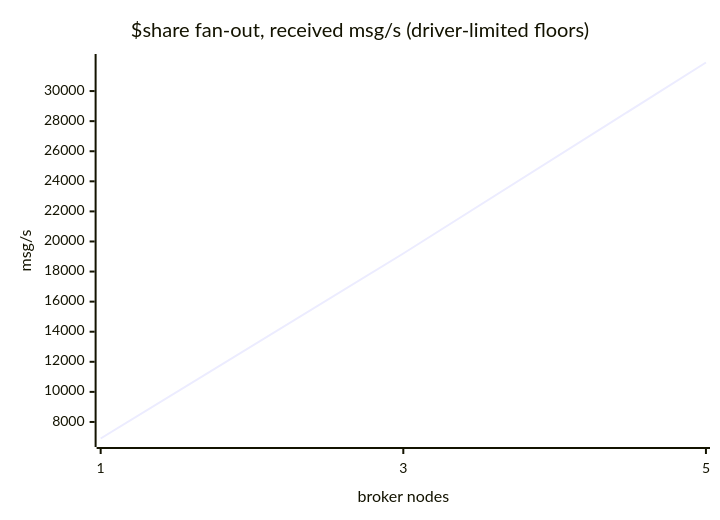
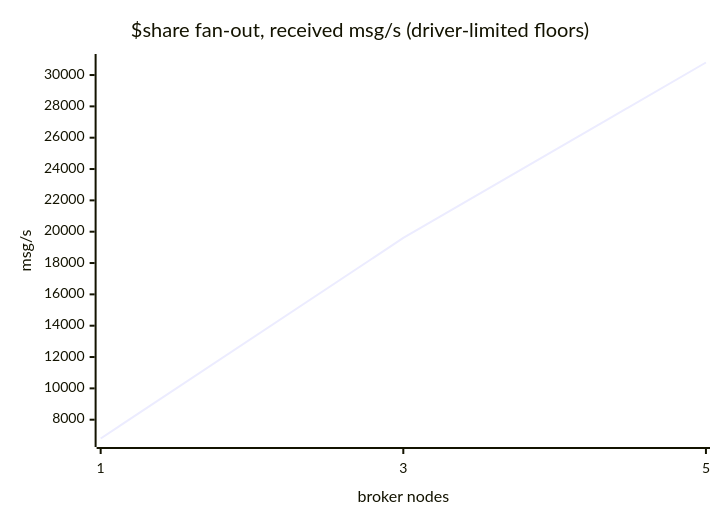
One commit to mbilling/fss-mqtt-broker changed the diagram in docs/benchmarks/SCALE-CURVE.md. Above: the diagram before and after it, drawn with Mermaid. The commit also changed other lines of this file and 3 other files, not shown here.

````diff
--- a/docs/benchmarks/SCALE-CURVE.md
+++ b/docs/benchmarks/SCALE-CURVE.md
@@ -118,7 +187,7 @@
 ```mermaid
 xychart-beta
   title "$share fan-out, received msg/s (driver-limited floors)"
   x-axis "broker nodes" [1, 3, 5]
   y-axis "msg/s"
-  line [6900, 19200, 31900]
+  line [6800, 19600, 30800]
 ```
````
